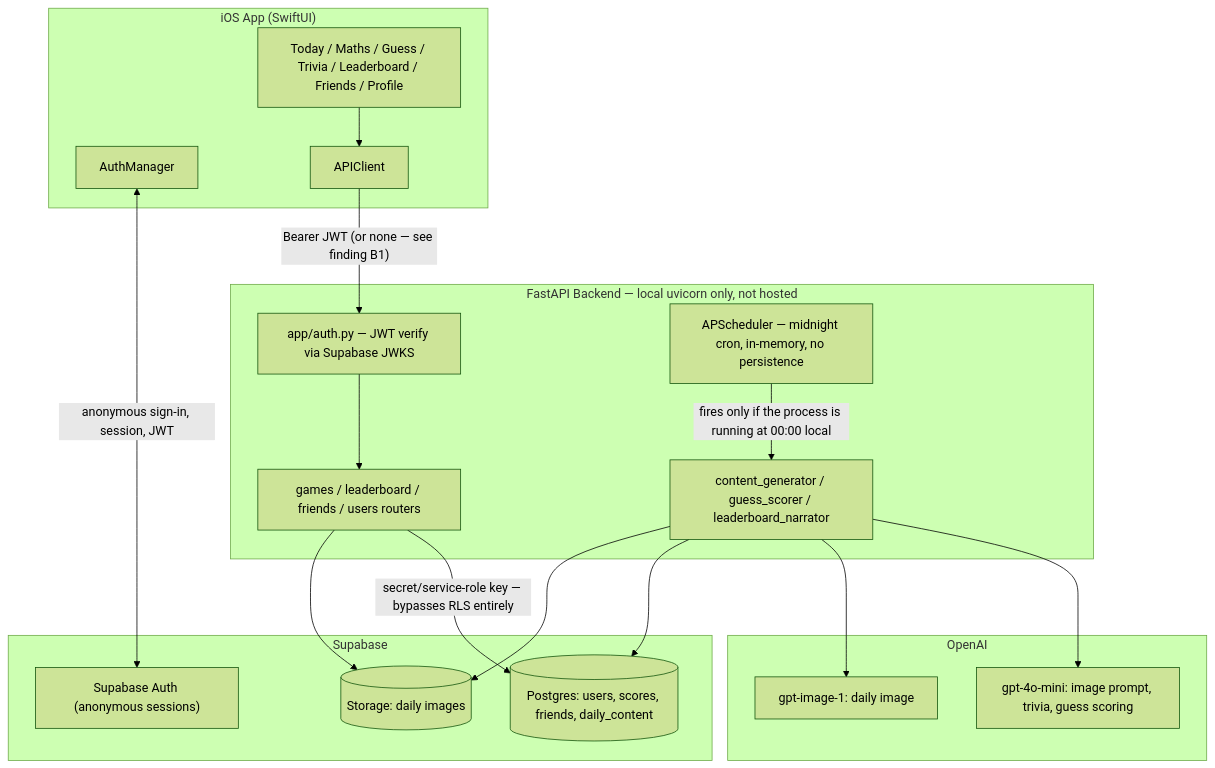
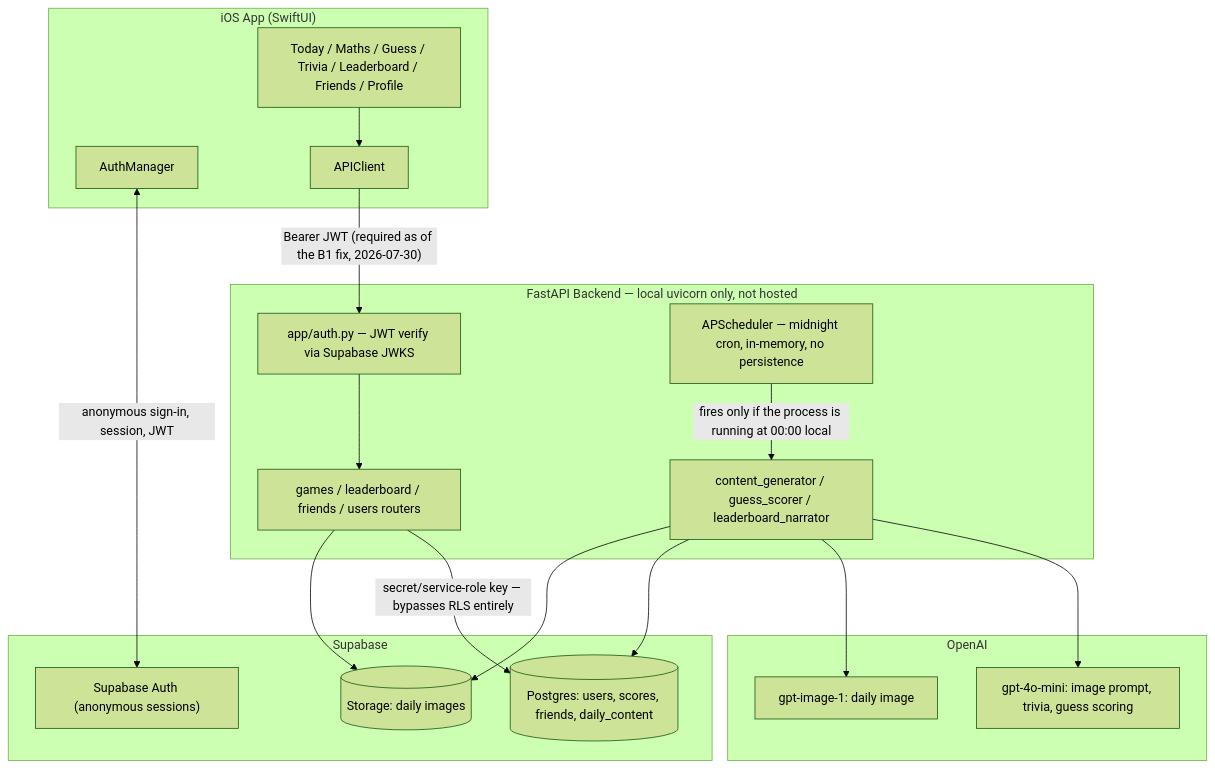
One commit to ShayanManoharan/blipz-backend changed the first of 3 diagrams in PRODUCTION_AUDIT.md. Above: the diagram before and after it, drawn with Mermaid (forest theme). The commit also changed other lines of this file and 1 other file, not shown here.

````diff
--- a/PRODUCTION_AUDIT.md
+++ b/PRODUCTION_AUDIT.md
@@ -16,38 +16,38 @@
 ```mermaid
 flowchart TB
     subgraph iOS["iOS App (SwiftUI)"]
         AuthMgr[AuthManager]
         APIClient
         Views["Today / Maths / Guess / Trivia / Leaderboard / Friends / Profile"]
     end
 
     subgraph Backend["FastAPI Backend — local uvicorn only, not hosted"]
         Auth["app/auth.py — JWT verify via Supabase JWKS"]
         Routers["games / leaderboard / friends / users routers"]
         Agents["content_generator / guess_scorer / leaderboard_narrator"]
         Scheduler["APScheduler — midnight cron, in-memory, no persistence"]
     end
 
     subgraph Supabase
         SupaAuth["Supabase Auth (anonymous sessions)"]
         DB[("Postgres: users, scores, friends, daily_content")]
         Storage[("Storage: daily images")]
     end
 
     subgraph OpenAI
         GPT["gpt-4o-mini: image prompt, trivia, guess scoring"]
         DALLE["gpt-image-1: daily image"]
     end
 
     Views --> APIClient
     AuthMgr <-->|"anonymous sign-in, session, JWT"| SupaAuth
-    APIClient -->|"Bearer JWT (or none — see finding B1)"| Auth
+    APIClient -->|"Bearer JWT (required as of the B1 fix, 2026-07-30)"| Auth
     Auth --> Routers
     Routers -->|"secret/service-role key — bypasses RLS entirely"| DB
     Routers --> Storage
     Agents --> GPT
     Agents --> DALLE
     Agents --> DB
     Agents --> Storage
     Scheduler -->|"fires only if the process is running at 00:00 local"| Agents
 ```
````
